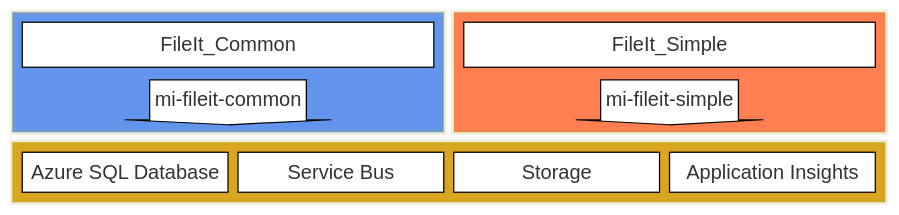
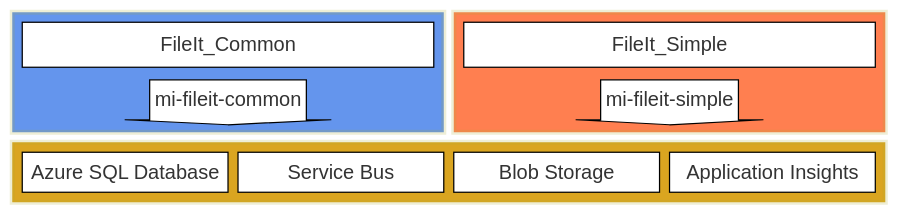
Before and after one commit to cesarmeraz/cmeraz-fileit: the second of 4 diagrams in docs/architecture.md, drawn with Mermaid. The commit also changed other lines of this file and 9 other files, not shown here.

````diff
--- a/docs/architecture.md
+++ b/docs/architecture.md
@@ -1,32 +26,31 @@
 ```mermaid
 block
   columns 4
-    block:groupA:2
+    block:common:2
       columns 1
       FA1["FileIt_Common"] 
       MI1<["mi-fileit-common"]>(down) 
       end
-    block:groupB:2
+    block:simple:2
       columns 1
       FA2["FileIt_Simple"] 
       MA2<["mi-fileit-simple"]>(down) 
     end
-  block:group3:4
+  block:shared:4
     DB["Azure SQL Database"] 
-    S["Service Bus"] 
-    ST["Storage"] 
+    SB["Service Bus"] 
+    BS["Blob Storage"] 
     AI["Application Insights"]
   end
-  style FA1 fill:white,color:#636, stroke-width:1px, stroke:black 
-  style MI1 fill:white,color:#636, stroke-width:1px, stroke:black
-  style MA2 fill:white,color:#636, stroke-width:1px, stroke:black
-  style DB fill:white,color:#636, stroke-width:1px, stroke:black
-  style FA2 fill:white,color:#636, stroke-width:1px, stroke:black
-  style MI1 fill:white,color:#636, stroke-width:1px, stroke:black
-  style S fill:white,color:#636, stroke-width:1px, stroke:black
-  style ST fill:white,color:#636, stroke-width:1px, stroke:black
-  style AI fill:white,color:#636, stroke-width:1px, stroke:black
-  style groupA fill:cornflowerblue,stroke-width:4px
-  style groupB fill:coral,stroke-width:4px
-  style group3 fill:goldenrod,stroke-width:4px
+  style FA1 fill:white,color:black, stroke-width:1px, stroke:black 
+  style MI1 fill:white,color:black, stroke-width:1px, stroke:black
+  style FA2 fill:white,color:black, stroke-width:1px, stroke:black
+  style MA2 fill:white,color:black, stroke-width:1px, stroke:black
+  style DB fill:white,color:black, stroke-width:1px, stroke:black
+  style SB fill:white,color:black, stroke-width:1px, stroke:black
+  style BS fill:white,color:black, stroke-width:1px, stroke:black
+  style AI fill:white,color:black, stroke-width:1px, stroke:black
+  style common fill:cornflowerblue,stroke-width:4px
+  style simple fill:coral,stroke-width:4px
+  style shared fill:goldenrod,stroke-width:4px
 ```
````
